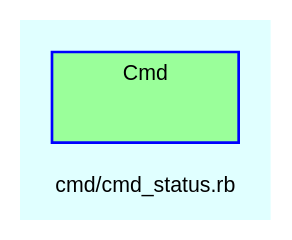
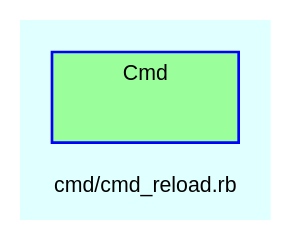
The diagram in doc/dot/f_51.dot (Tyche/teensymud), drawn with Graphviz before and after one commit. The commit also changed 215 other files, not shown here.

```diff
--- a/doc/dot/f_51.dot
+++ b/doc/dot/f_51.dot
@@ -1,29 +1,29 @@
 digraph TopLevel {
     compound = true
     bgcolor = lightcyan1
     fontname = Arial
     fontsize = 8
-    label = "cmd/cmd_status.rb"
+    label = "cmd/cmd_reload.rb"
     node [
         fontname = Arial,
         fontsize = 8,
         color = black
     ]
 
     subgraph cluster_Cmd {
         fillcolor = palegreen1
         URL = "classes/Cmd.html"
         fontname = Arial
         color = blue
         label = "Cmd"
         style = filled
         Cmd [
             shape = plaintext,
             height = 0.01,
             width = 0.75,
             label = ""
         ]
 
     }
 
 }
```
